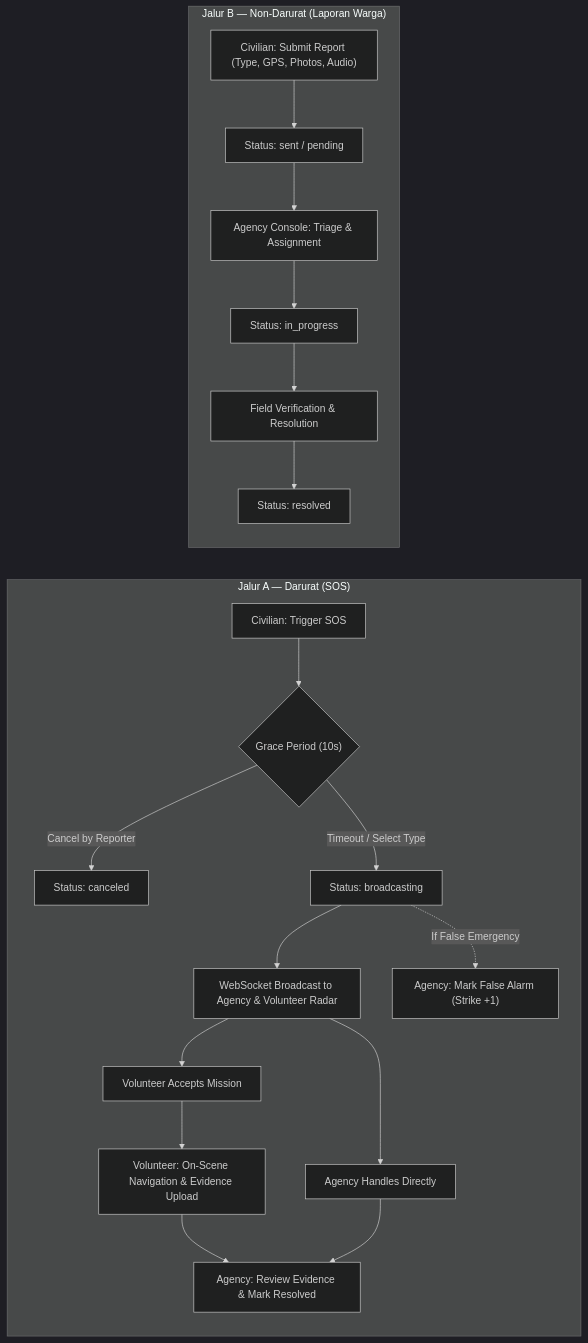
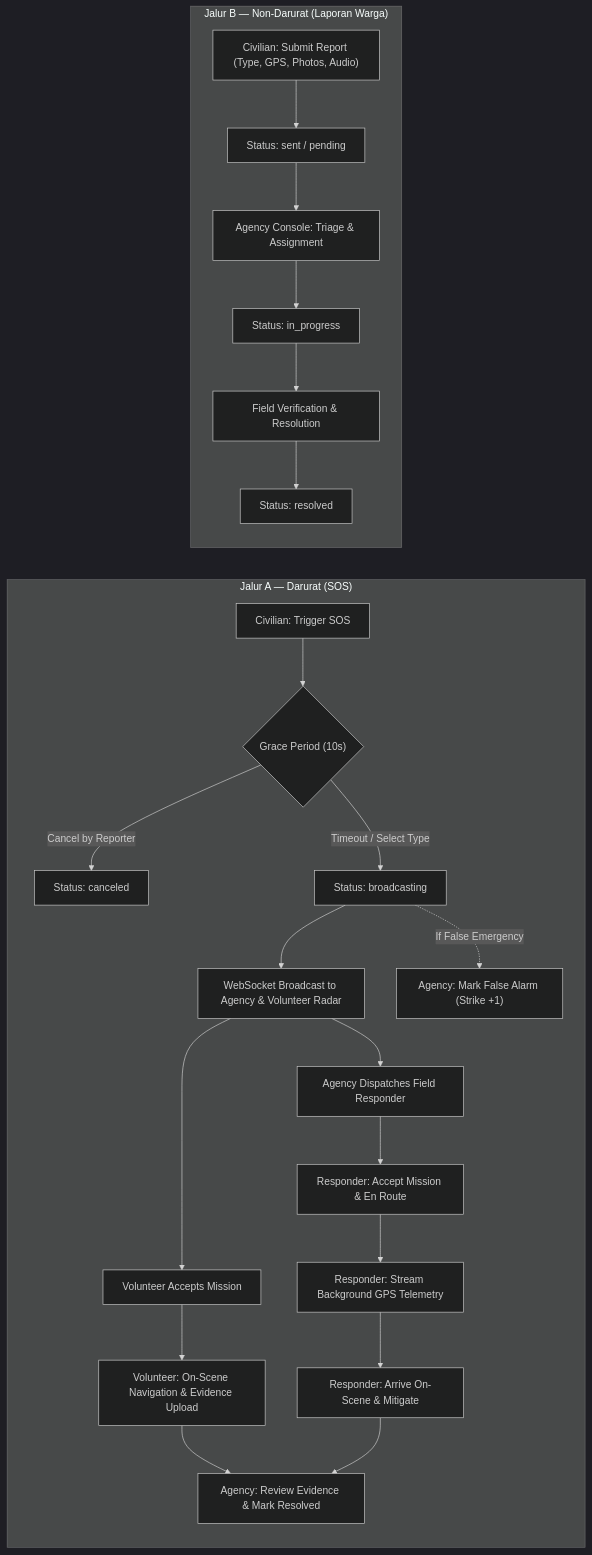
The second of 3 diagrams in docs/design/use-case-diagrams.md (fadhlur-alaudin86/SiagaKita), drawn with Mermaid (dark theme) before and after one commit. The commit also changed other lines of this file and 18 other files, not shown here.

First line of the commit message:
docs(architecture): sync backlog logs, roadmap, and agency responder diagrams

````diff
--- a/docs/design/use-case-diagrams.md
+++ b/docs/design/use-case-diagrams.md
@@ -151,23 +169,26 @@
 ```mermaid
 flowchart LR
     subgraph JalurA["Jalur A — Darurat (SOS)"]
         A1["Civilian: Trigger SOS"] --> A2{"Grace Period (10s)"}
         A2 -->|Cancel by Reporter| A3["Status: canceled"]
         A2 -->|Timeout / Select Type| A4["Status: broadcasting"]
         A4 --> A5["WebSocket Broadcast to Agency & Volunteer Radar"]
         A5 --> A6["Volunteer Accepts Mission"]
         A6 --> A7["Volunteer: On-Scene Navigation & Evidence Upload"]
         A7 --> A8["Agency: Review Evidence & Mark Resolved"]
-        A5 --> A9["Agency Handles Directly"]
-        A9 --> A8
+        A5 --> A9["Agency Dispatches Field Responder"]
+        A9 --> A11["Responder: Accept Mission & En Route"]
+        A11 --> A12["Responder: Stream Background GPS Telemetry"]
+        A12 --> A13["Responder: Arrive On-Scene & Mitigate"]
+        A13 --> A8
         A4 -.->|If False Emergency| A10["Agency: Mark False Alarm (Strike +1)"]
     end
 
     subgraph JalurB["Jalur B — Non-Darurat (Laporan Warga)"]
         B1["Civilian: Submit Report (Type, GPS, Photos, Audio)"] --> B2["Status: sent / pending"]
         B2 --> B3["Agency Console: Triage & Assignment"]
         B3 --> B4["Status: in_progress"]
         B4 --> B5["Field Verification & Resolution"]
         B5 --> B6["Status: resolved"]
     end
 ```
````
